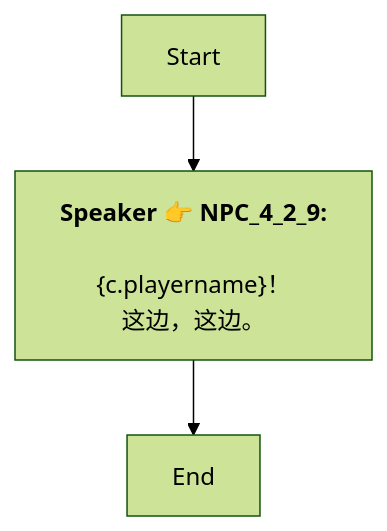
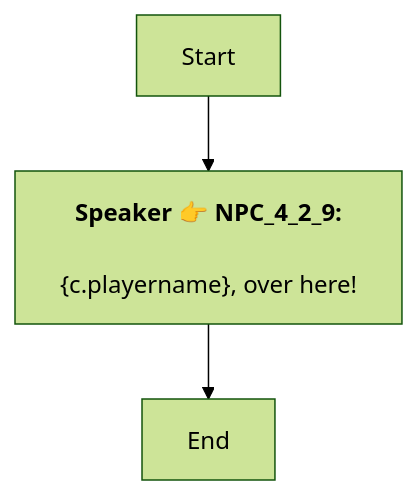
One commit to SoftHu/tos_avg changed the diagram in Zh/Dialog_54440123531925.md. Above: the diagram before and after it, drawn with Mermaid (forest theme). The commit also changed 730 other files, not shown here.

````diff
--- a/Zh/Dialog_54440123531925.md
+++ b/Zh/Dialog_54440123531925.md
@@ -1,8 +1,7 @@
 ```mermaid
 graph
 Start -->1742083958150433[<b>Speaker 👉 NPC_4_2_9:</b>
-\n&lbrace;c.playername&rbrace;！
-这边，这边。]
+\n&lbrace;c.playername&rbrace;, over here!]
 1742083958150433 -->1742083958150434[End]
 
 ```
````
